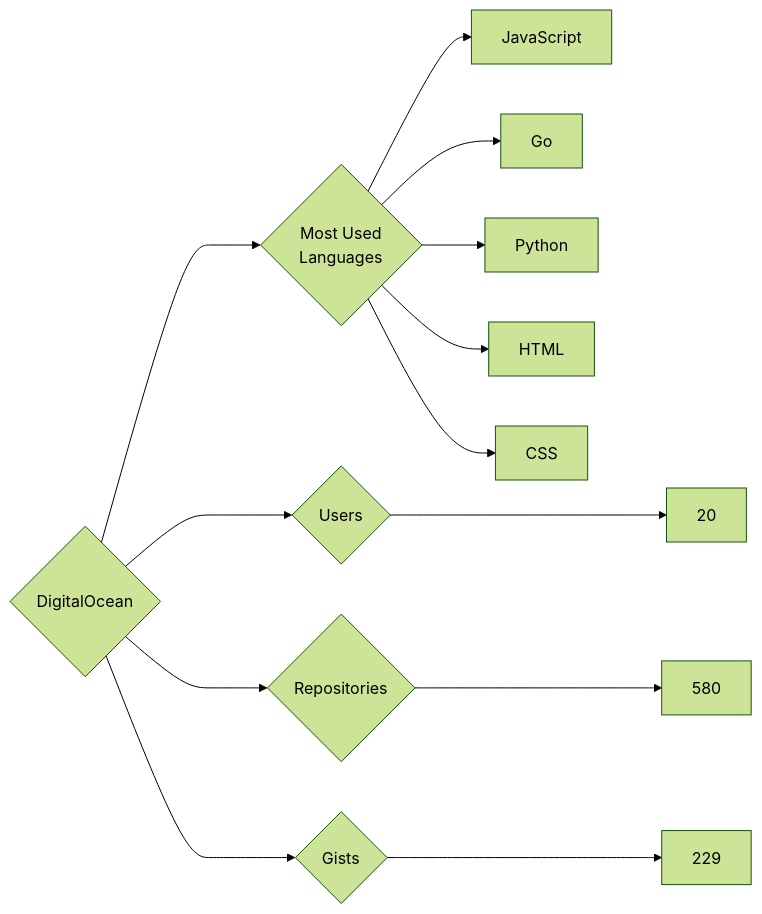
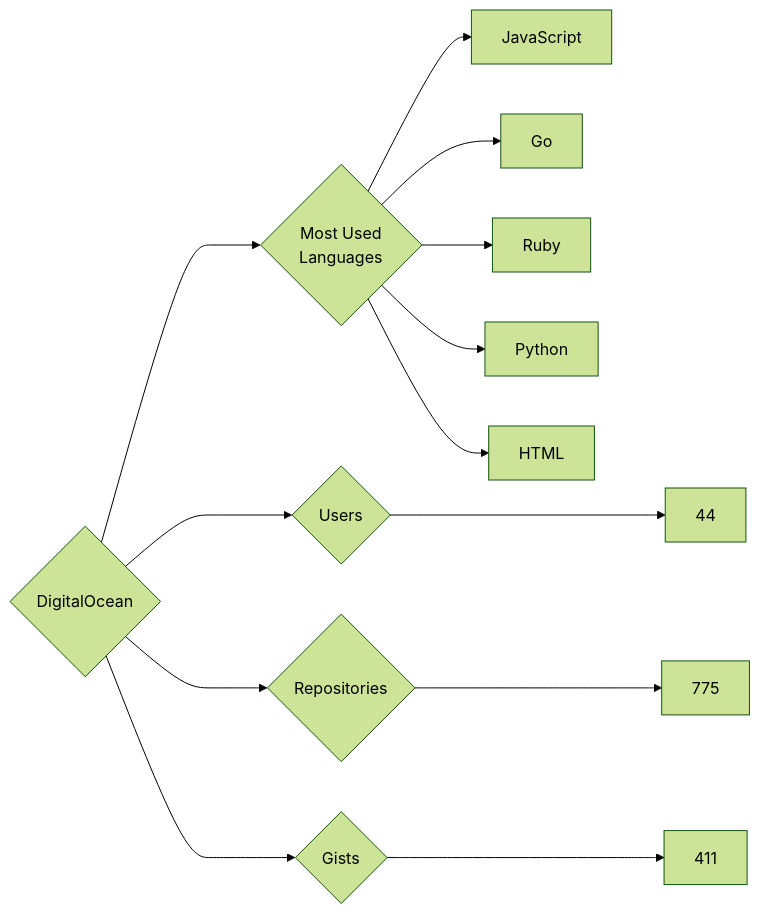
The diagram in targets/DigitalOcean/README.md (trickest/insiders), drawn with Mermaid (forest theme) before and after one commit. The commit also changed 888 other files, not shown here.

````diff
--- a/targets/DigitalOcean/README.md
+++ b/targets/DigitalOcean/README.md
@@ -3,13 +3,13 @@
 ```mermaid
 graph LR
 COMPANY_NAME{DigitalOcean}
-COMPANY_NAME ---> U{Users} ---> UN[20]
-COMPANY_NAME ---> R{Repositories} ---> RN[580]
-COMPANY_NAME ---> G{Gists} ---> GN[229]
+COMPANY_NAME ---> U{Users} ---> UN[44]
+COMPANY_NAME ---> R{Repositories} ---> RN[775]
+COMPANY_NAME ---> G{Gists} ---> GN[411]
 COMPANY_NAME ---> ML{Most Used<br>Languages}
 ML --> JavaScript[JavaScript]
 ML --> Go[Go]
+ML --> Ruby[Ruby]
 ML --> Python[Python]
 ML --> HTML[HTML]
-ML --> CSS[CSS]
 ```
````
